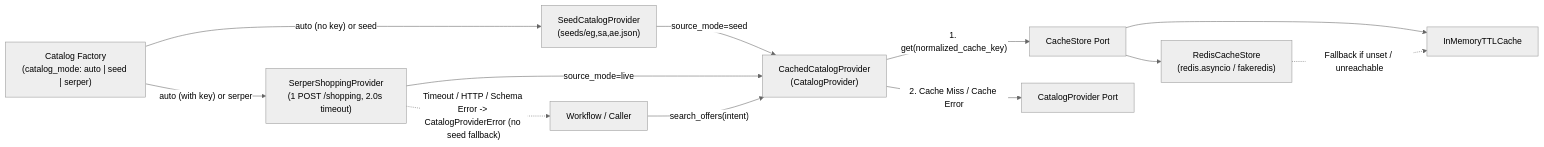
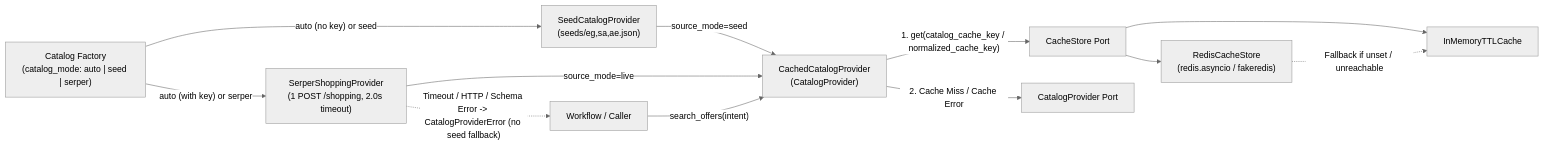
One commit to MaahmoudAbdelghany/AI-for-E-Commerce. changed the diagram in spec/features/feature-103-pluggable-catalog-and-cache/plan.md. Above: the diagram before and after it, drawn with Mermaid (neutral theme). The commit also changed other lines of this file and 18 other files, not shown here.

````diff
--- a/spec/features/feature-103-pluggable-catalog-and-cache/plan.md
+++ b/spec/features/feature-103-pluggable-catalog-and-cache/plan.md
@@ -97,15 +97,15 @@
 ```mermaid
 flowchart LR
     Caller["Workflow / Caller"] -->|"search_offers(intent)"| Cached["CachedCatalogProvider<br/>(CatalogProvider)"]
-    Cached -->|"1. get(normalized_cache_key)"| CachePort["CacheStore Port"]
+    Cached -->|"1. get(catalog_cache_key / normalized_cache_key)"| CachePort["CacheStore Port"]
     CachePort --> Mem["InMemoryTTLCache"]
     CachePort --> Redis["RedisCacheStore<br/>(redis.asyncio / fakeredis)"]
     Redis -.->|"Fallback if unset / unreachable"| Mem
 
     Cached -->|"2. Cache Miss / Cache Error"| Inner["CatalogProvider Port"]
     Factory["Catalog Factory<br/>(catalog_mode: auto | seed | serper)"] -->|"auto (no key) or seed"| Seed["SeedCatalogProvider<br/>(seeds/eg,sa,ae.json)"]
     Factory -->|"auto (with key) or serper"| Serper["SerperShoppingProvider<br/>(1 POST /shopping, 2.0s timeout)"]
     Seed -->|"source_mode=seed"| Cached
     Serper -->|"source_mode=live"| Cached
     Serper -.->|"Timeout / HTTP / Schema Error -> CatalogProviderError (no seed fallback)"| Caller
 ```
````
